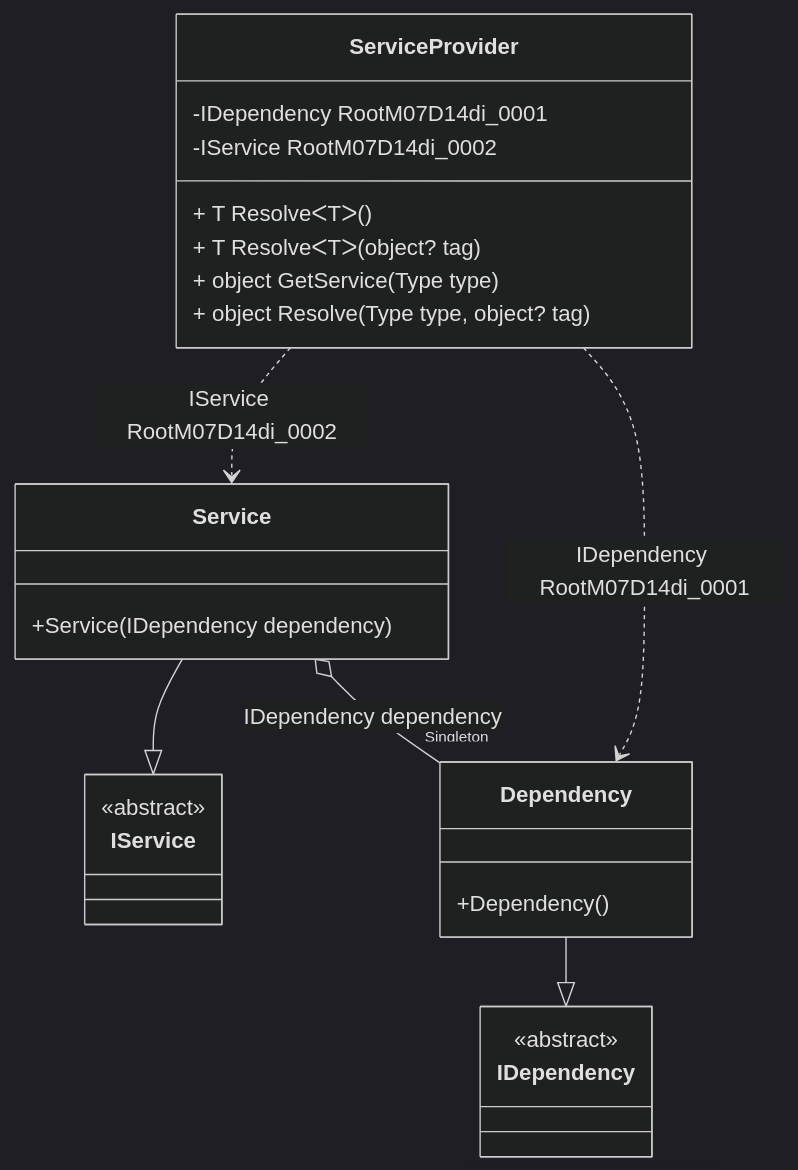
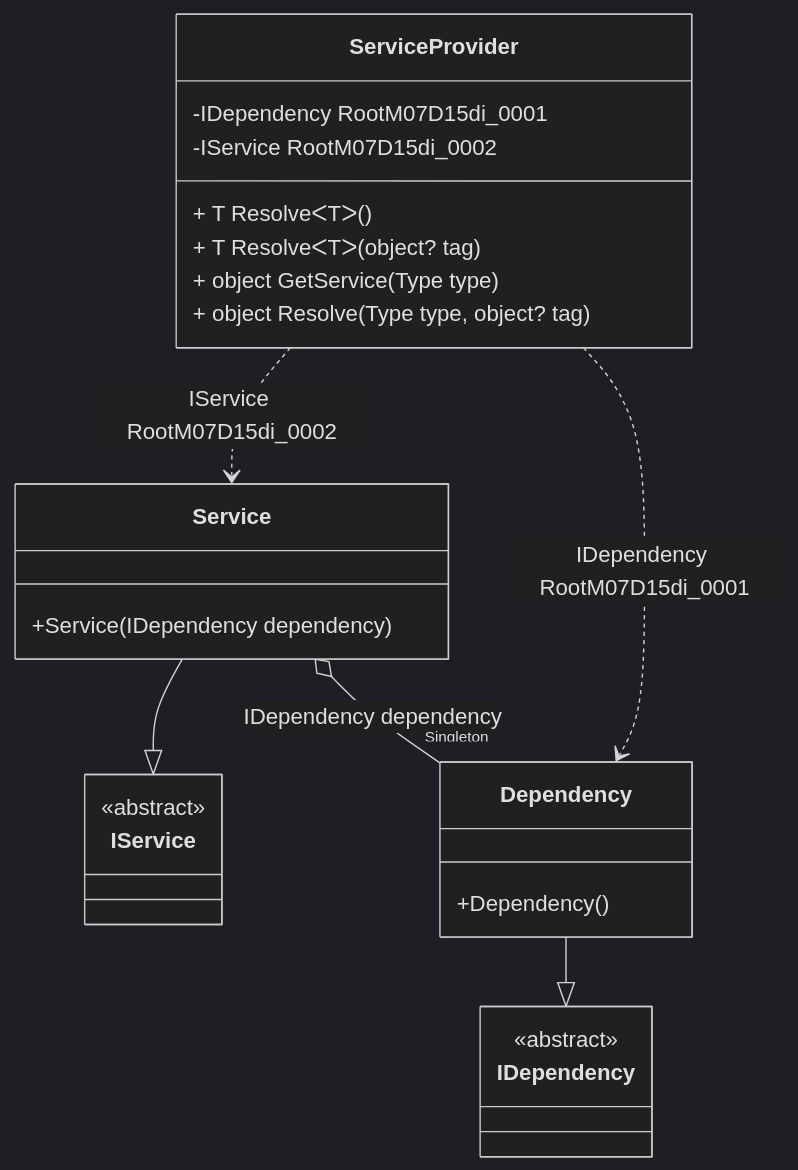
One commit to DevTeam/Pure.DI changed the diagram in readme/service-provider.md. Above: the diagram before and after it, drawn with Mermaid (dark theme). The commit also changed other lines of this file and 53 other files, not shown here.

````diff
--- a/readme/service-provider.md
+++ b/readme/service-provider.md
@@ -50,28 +50,28 @@
 ```mermaid
 classDiagram
   class ServiceProvider {
-    -IDependency RootM07D14di_0001
-    -IService RootM07D14di_0002
+    -IDependency RootM07D15di_0001
+    -IService RootM07D15di_0002
     + T ResolveᐸTᐳ()
     + T ResolveᐸTᐳ(object? tag)
     + object GetService(Type type)
     + object Resolve(Type type, object? tag)
   }
   Service --|> IService : 
   class Service {
     +Service(IDependency dependency)
   }
   Dependency --|> IDependency : 
   class Dependency {
     +Dependency()
   }
   class IService {
     <<abstract>>
   }
   class IDependency {
     <<abstract>>
   }
   Service o--  "Singleton" Dependency : IDependency dependency
-  ServiceProvider ..> Dependency : IDependency RootM07D14di_0001
-  ServiceProvider ..> Service : IService RootM07D14di_0002
+  ServiceProvider ..> Dependency : IDependency RootM07D15di_0001
+  ServiceProvider ..> Service : IService RootM07D15di_0002
 ```
````
